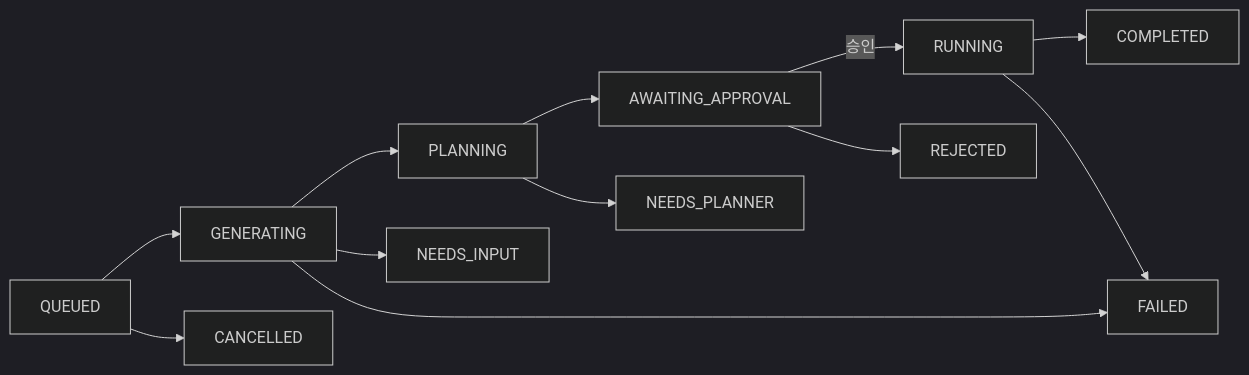
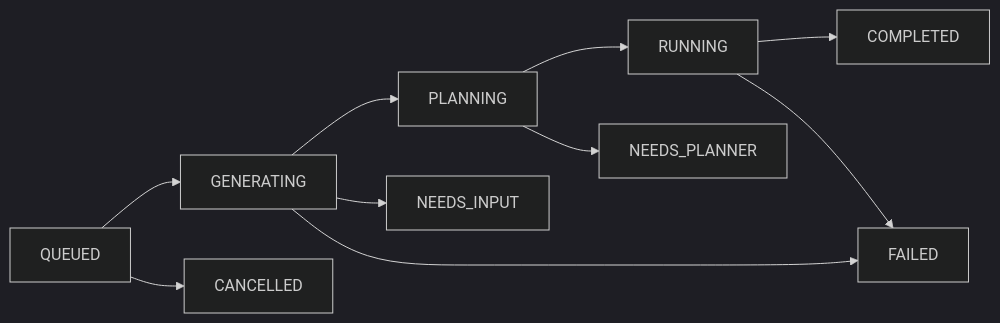
Before and after one commit to PNU-capstone-2026-17/easydep: the second of 2 diagrams in docs/system-flow.md, drawn with Mermaid (dark theme). The commit also changed other lines of this file and 31 other files, not shown here.

````diff
--- a/docs/system-flow.md
+++ b/docs/system-flow.md
@@ -657,14 +647,12 @@
 ```mermaid
 flowchart LR
     Q[QUEUED] --> G[GENERATING]
     G --> P[PLANNING]
-    P --> A[AWAITING_APPROVAL]
-    A -->|승인| R[RUNNING]
+    P --> R[RUNNING]
     R --> C[COMPLETED]
     G --> N[NEEDS_INPUT]
     P --> NP[NEEDS_PLANNER]
     G --> F[FAILED]
     R --> F
-    A --> X[REJECTED]
     Q --> K[CANCELLED]
 ```
````
